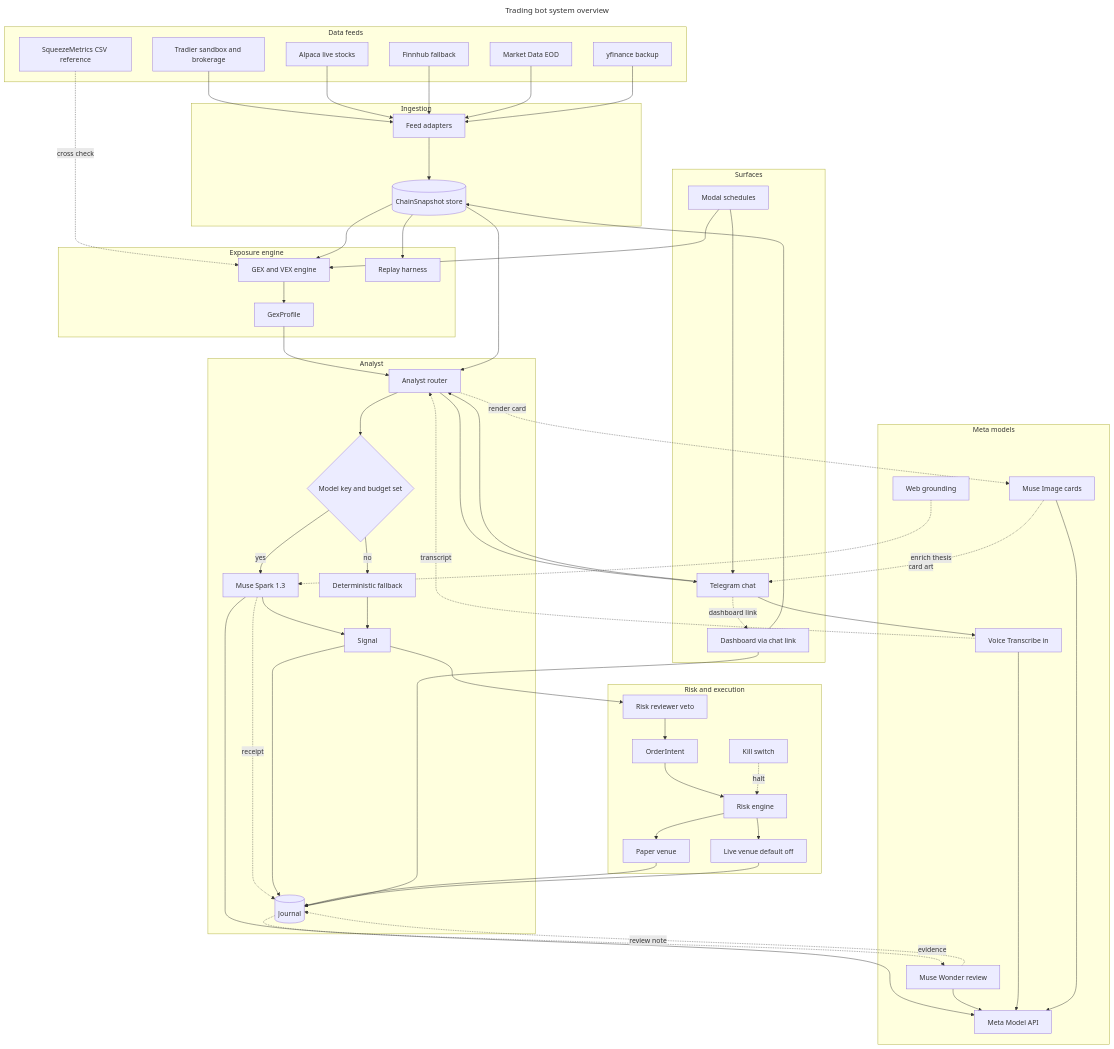
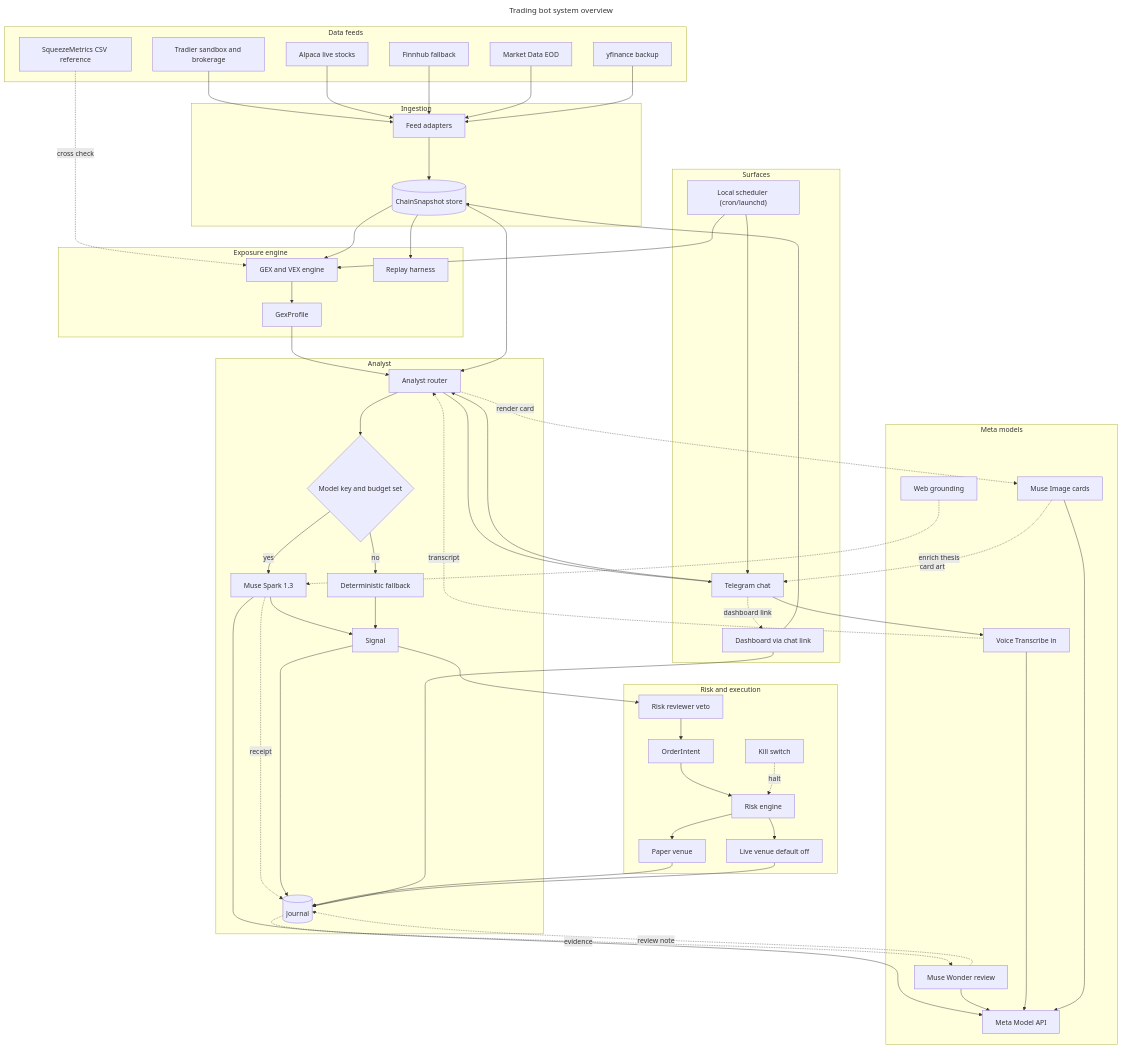
Before and after one commit to oherna25/trading_bot_project: the diagram in diagrams/01-system-overview.mmd, drawn with Mermaid. The commit also changed 9 other files, not shown here.

First line of the commit message:
Replace Modal scheduler with local cron/launchd runner

```diff
--- a/diagrams/01-system-overview.mmd
+++ b/diagrams/01-system-overview.mmd
@@ -1,101 +1,101 @@
 ---
 title: Trading bot system overview
 ---
 flowchart TB
     subgraph FEEDS["Data feeds"]
         TRADIER["Tradier sandbox and brokerage"]
         ALPACA["Alpaca live stocks"]
         FINNHUB["Finnhub fallback"]
         EOD["Market Data EOD"]
         YF["yfinance backup"]
         SQZ["SqueezeMetrics CSV reference"]
     end
 
     subgraph INGEST["Ingestion"]
         ADAPT["Feed adapters"]
         STORE[("ChainSnapshot store")]
     end
 
     subgraph ENGINE["Exposure engine"]
         GEX["GEX and VEX engine"]
         PROF["GexProfile"]
         REPLAY["Replay harness"]
     end
 
     subgraph BRAIN["Analyst"]
         LLM["Analyst router"]
         BUDG{"Model key and budget set"}
         SPARK["Muse Spark 1.3"]
         FALL["Deterministic fallback"]
         SIG["Signal"]
         JOUR[("Journal")]
     end
 
     subgraph MODELS["Meta models"]
         API["Meta Model API"]
         GROUND["Web grounding"]
         VOICE["Voice Transcribe in"]
         IMG["Muse Image cards"]
         WONDER["Muse Wonder review"]
     end
 
     subgraph RISK["Risk and execution"]
         REV["Risk reviewer veto"]
         INTENT["OrderIntent"]
         RENG["Risk engine"]
         PAPER["Paper venue"]
         LIVE["Live venue default off"]
         KILL["Kill switch"]
     end
 
     subgraph SURF["Surfaces"]
         CHAT["Telegram chat"]
         DASH["Dashboard via chat link"]
-        CRON["Modal schedules"]
+        CRON["Local scheduler (cron/launchd)"]
     end
 
     TRADIER --> ADAPT
     ALPACA --> ADAPT
     FINNHUB --> ADAPT
     EOD --> ADAPT
     YF --> ADAPT
     SQZ -. cross check .-> GEX
     ADAPT --> STORE
     STORE --> GEX
     GEX --> PROF
     STORE --> REPLAY
     PROF --> LLM
     STORE --> LLM
     LLM --> BUDG
     BUDG -->|yes| SPARK
     BUDG -->|no| FALL
     SPARK --> API
     GROUND -. enrich thesis .-> SPARK
     SPARK --> SIG
     FALL --> SIG
     SPARK -. receipt .-> JOUR
     SIG --> JOUR
     SIG --> REV
     REV --> INTENT
     INTENT --> RENG
     RENG --> PAPER
     RENG --> LIVE
     PAPER --> JOUR
     LIVE --> JOUR
     KILL -. halt .-> RENG
     JOUR -. evidence .-> WONDER
     WONDER --> API
     WONDER -. review note .-> JOUR
     CHAT --> VOICE
     VOICE --> API
     VOICE -. transcript .-> LLM
     LLM -. render card .-> IMG
     IMG --> API
     IMG -. card art .-> CHAT
     CRON --> GEX
     CRON --> CHAT
     CHAT --> LLM
     LLM --> CHAT
     CHAT -. dashboard link .-> DASH
     DASH --> STORE
     DASH --> JOUR
```
